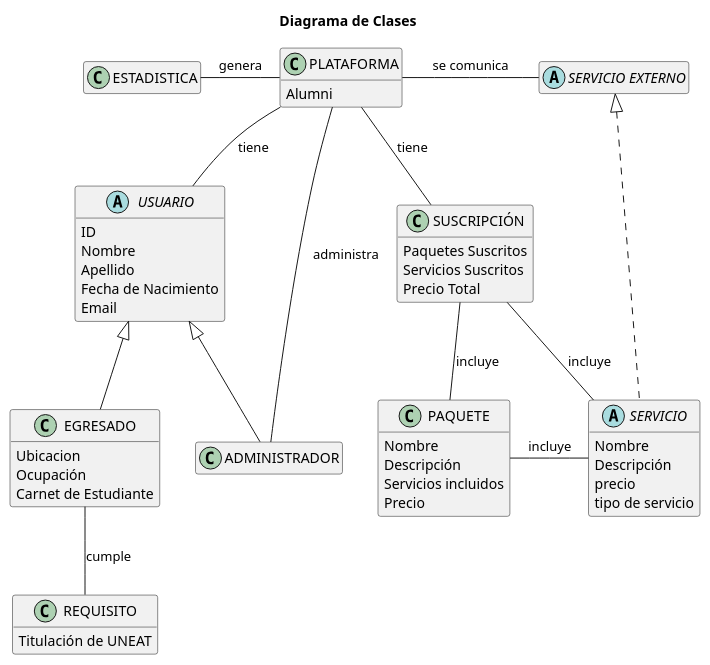
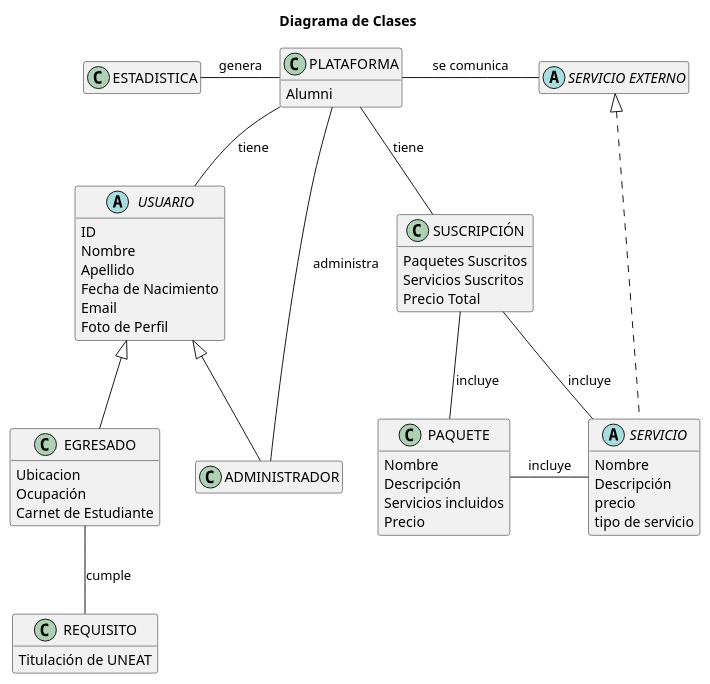
Before and after one commit to mmasias/23-24-IdSw1-SDR: the diagram in Modelo_de_Dominio/Diagramas_de_Clases/Diagramas_Finales/Cuarta_Iteración/Diagrama_de_Clases/Diagrama_de_Clases.puml, drawn with PlantUML. The commit also changed 1 other file, not shown here.

Commit message:
Add 'Foto de Perfil' attribute to 'USUARIO' class

```diff
--- a/Modelo_de_Dominio/Diagramas_de_Clases/Diagramas_Finales/Cuarta_Iteración/Diagrama_de_Clases/Diagrama_de_Clases.puml
+++ b/Modelo_de_Dominio/Diagramas_de_Clases/Diagramas_Finales/Cuarta_Iteración/Diagrama_de_Clases/Diagrama_de_Clases.puml
@@ -1,83 +1,84 @@
 @startuml AumniClasses
 
 title Diagrama de Clases
 
 '!theme amiga
 skinparam backgroundColor white
 skinparam defaultFontName Arial
 
 hide empty members
 
 class PLATAFORMA 
 {
    Alumni
 }
 
 abstract "SERVICIO EXTERNO"
 
 abstract USUARIO 
 {
     ID
     Nombre 
     Apellido
     Fecha de Nacimiento
     Email
+    Foto de Perfil
 }
 
 class EGRESADO 
 {
     Ubicacion
     Ocupación
     Carnet de Estudiante
 }
 
 class ADMINISTRADOR 
 {
 }
 
 class REQUISITO 
 {
     Titulación de UNEAT
 }
 
 class ESTADISTICA 
 {
 }
 
 class SUSCRIPCIÓN 
 {
     Paquetes Suscritos
     Servicios Suscritos
     Precio Total
 }
 
 class PAQUETE
 {
     Nombre
     Descripción
     Servicios incluidos
     Precio
 }
 
 abstract SERVICIO 
 {
     Nombre 
     Descripción
     precio
     tipo de servicio
 }
 
 PLATAFORMA -- USUARIO : tiene
 PLATAFORMA -left ESTADISTICA : genera
 PLATAFORMA -right- "SERVICIO EXTERNO" : se comunica
 SERVICIO .up..|> "SERVICIO EXTERNO"
 SUSCRIPCIÓN -up- PLATAFORMA : tiene
 SUSCRIPCIÓN -- SERVICIO : incluye
 EGRESADO -- REQUISITO : cumple
 SUSCRIPCIÓN -- PAQUETE : incluye
 PAQUETE - SERVICIO : incluye
 USUARIO <|-- EGRESADO
 USUARIO <|-- ADMINISTRADOR
 ADMINISTRADOR -up- PLATAFORMA : administra
 
 @enduml
```
